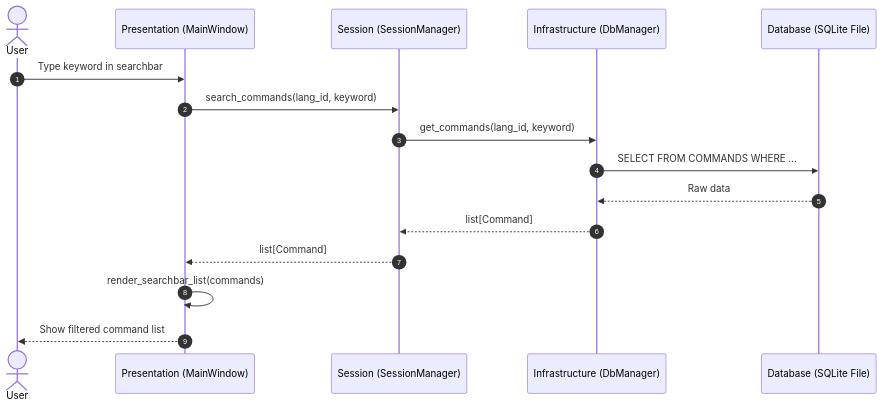
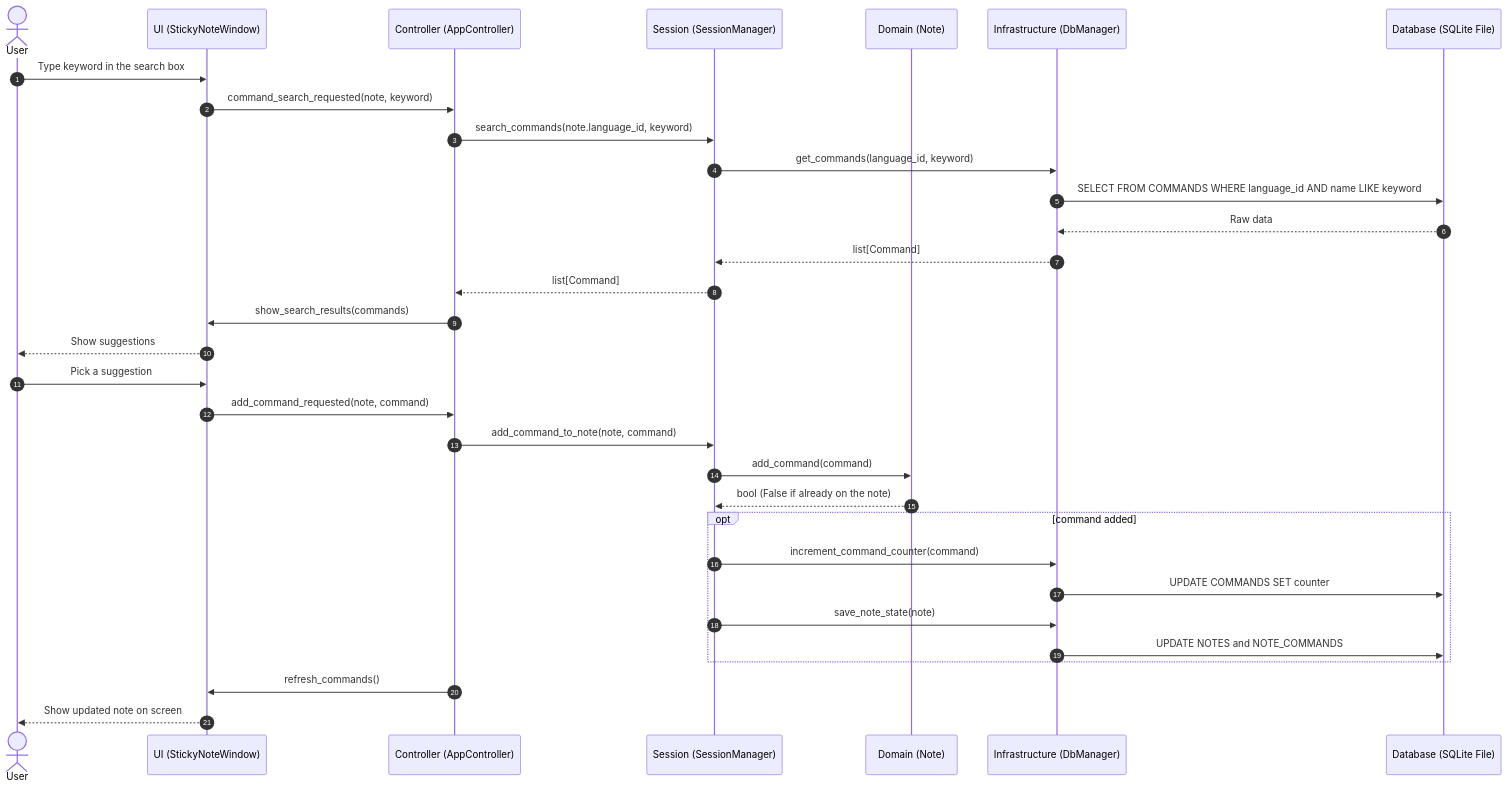
Before and after one commit to gboudon-dev/cheat-sheet: the fourth of 5 diagrams in README.md, drawn with Mermaid. The commit also changed other lines of this file, not shown here.

Commit message:
docs(readme): align requirements and diagrams with the current implementation

````diff
--- a/README.md
+++ b/README.md
@@ -262,19 +305,36 @@
 ```mermaid
 sequenceDiagram
     autonumber
     actor User as User
-    participant Win as Presentation (MainWindow)
+    participant Win as UI (StickyNoteWindow)
+    participant Ctrl as Controller (AppController)
     participant SM as Session (SessionManager)
+    participant ModelNote as Domain (Note)
     participant Repo as Infrastructure (DbManager)
     participant DB as Database (SQLite File)
 
-    User ->> Win : Type keyword in searchbar
-    Win ->> SM : search_commands(lang_id, keyword)
-    SM ->> Repo : get_commands(lang_id, keyword)
-    Repo ->> DB : SELECT FROM COMMANDS WHERE ...
+    User ->> Win : Type keyword in the search box
+    Win ->> Ctrl : command_search_requested(note, keyword)
+    Ctrl ->> SM : search_commands(note.language_id, keyword)
+    SM ->> Repo : get_commands(language_id, keyword)
+    Repo ->> DB : SELECT FROM COMMANDS WHERE language_id AND name LIKE keyword
     DB -->> Repo : Raw data
     Repo -->> SM : list[Command]
-    SM -->> Win : list[Command]
-    Win ->> Win : render_searchbar_list(commands)
-    Win -->> User : Show filtered command list
+    SM -->> Ctrl : list[Command]
+    Ctrl ->> Win : show_search_results(commands)
+    Win -->> User : Show suggestions
+
+    User ->> Win : Pick a suggestion
+    Win ->> Ctrl : add_command_requested(note, command)
+    Ctrl ->> SM : add_command_to_note(note, command)
+    SM ->> ModelNote : add_command(command)
+    ModelNote -->> SM : bool (False if already on the note)
+    opt command added
+        SM ->> Repo : increment_command_counter(command)
+        Repo ->> DB : UPDATE COMMANDS SET counter
+        SM ->> Repo : save_note_state(note)
+        Repo ->> DB : UPDATE NOTES and NOTE_COMMANDS
+    end
+    Ctrl ->> Win : refresh_commands()
+    Win -->> User : Show updated note on screen
 ```
````
